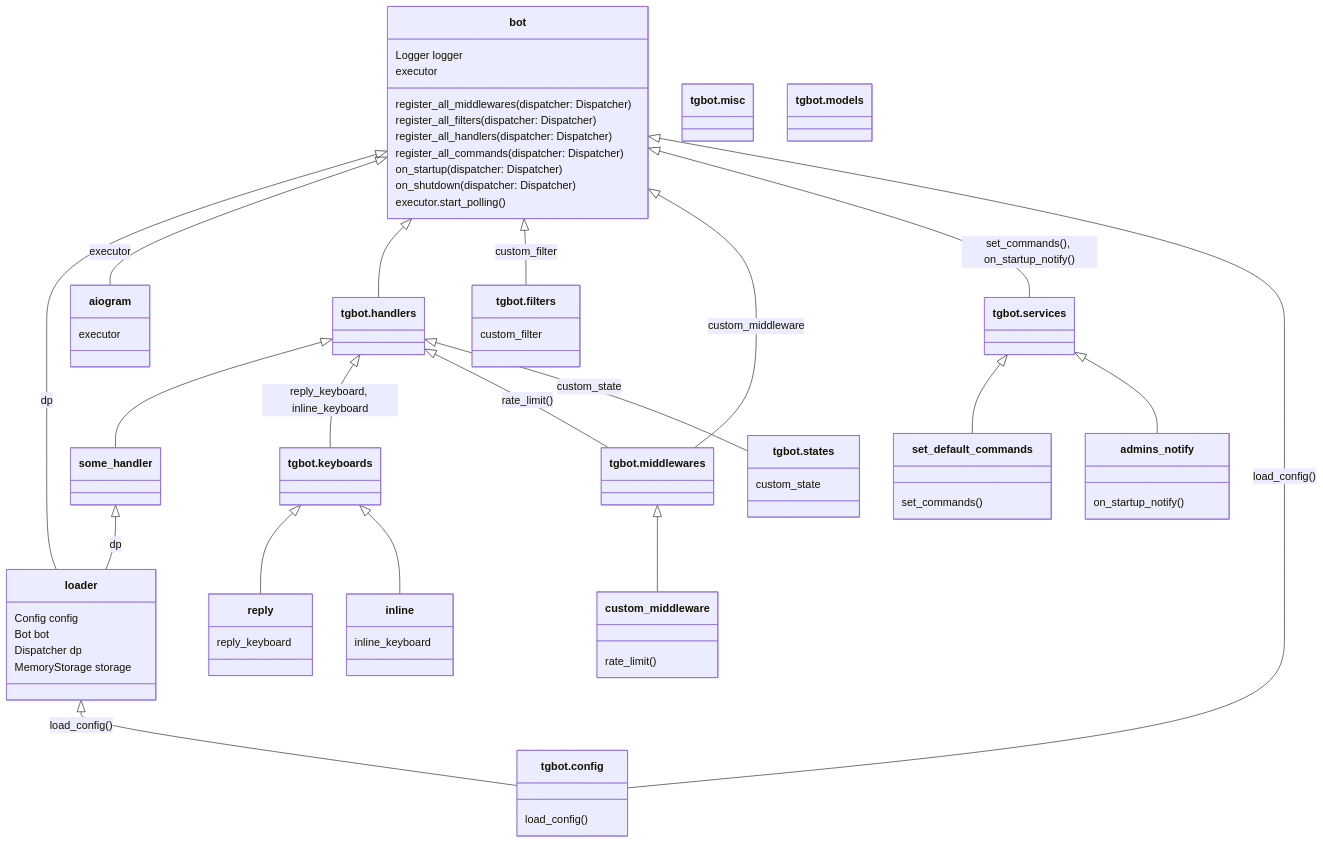
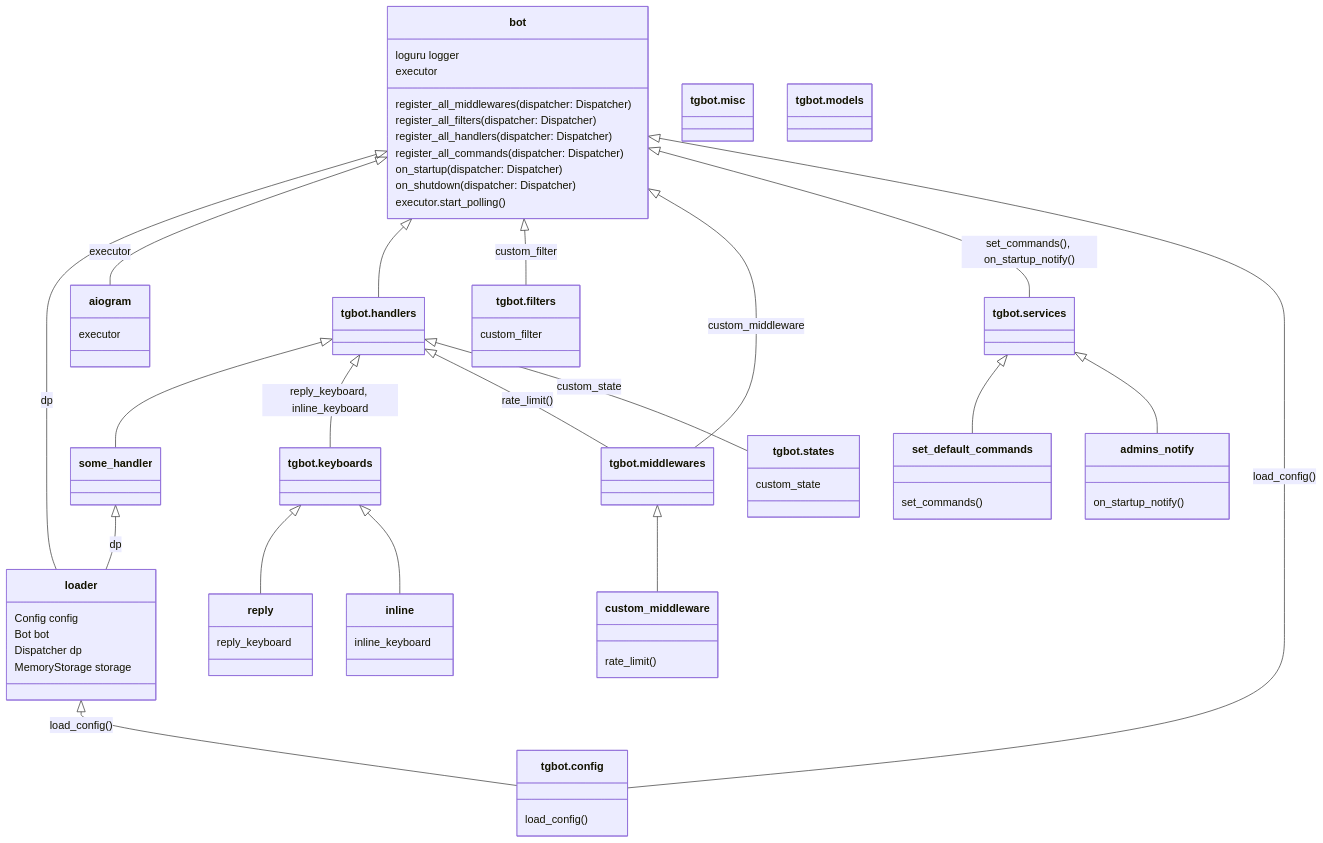
One commit to mezgoodle/bot_template changed the diagram in README.md. Above: the diagram before and after it, drawn with Mermaid.

```diff
--- a/README.md
+++ b/README.md
@@ -44,7 +44,7 @@
     `tgbot.services` <|-- set_default_commands
     `tgbot.services` <|-- admins_notify
     class bot{
-      Logger logger
+      loguru logger
       executor
       register_all_middlewares(dispatcher: Dispatcher)
       register_all_filters(dispatcher: Dispatcher)
```
